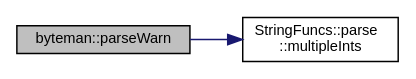
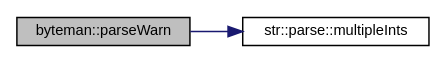
The diagram in classbyteman_a232d2d7614b161a9bca019371bafc373_cgraph.dot (FPGA-Research-Manchester/byteman), drawn with Graphviz before and after one commit. The commit also changed 582 other files, not shown here.

```diff
--- a/classbyteman_a232d2d7614b161a9bca019371bafc373_cgraph.dot
+++ b/classbyteman_a232d2d7614b161a9bca019371bafc373_cgraph.dot
@@ -1,11 +1,11 @@
 digraph "byteman::parseWarn"
 {
  // INTERACTIVE_SVG=YES
  // LATEX_PDF_SIZE
   edge [fontname="Helvetica",fontsize="10",labelfontname="Helvetica",labelfontsize="10"];
   node [fontname="Helvetica",fontsize="10",shape=record];
   rankdir="LR";
   Node1 [label="byteman::parseWarn",height=0.2,width=0.4,color="black", fillcolor="grey75", style="filled", fontcolor="black",tooltip=" "];
   Node1 -> Node2 [color="midnightblue",fontsize="10",style="solid",fontname="Helvetica"];
-  Node2 [label="StringFuncs::parse\l::multipleInts",height=0.2,width=0.4,color="black", fillcolor="white", style="filled",URL="$namespaceStringFuncs_1_1parse.html#a1fdd2658af3f1bb42e177f4171f6e616",tooltip=" "];
+  Node2 [label="str::parse::multipleInts",height=0.2,width=0.4,color="black", fillcolor="white", style="filled",URL="$namespacestr_1_1parse.html#a9f14cc7345a3fc0591a6afaf8033e6d1",tooltip=" "];
 }
```
